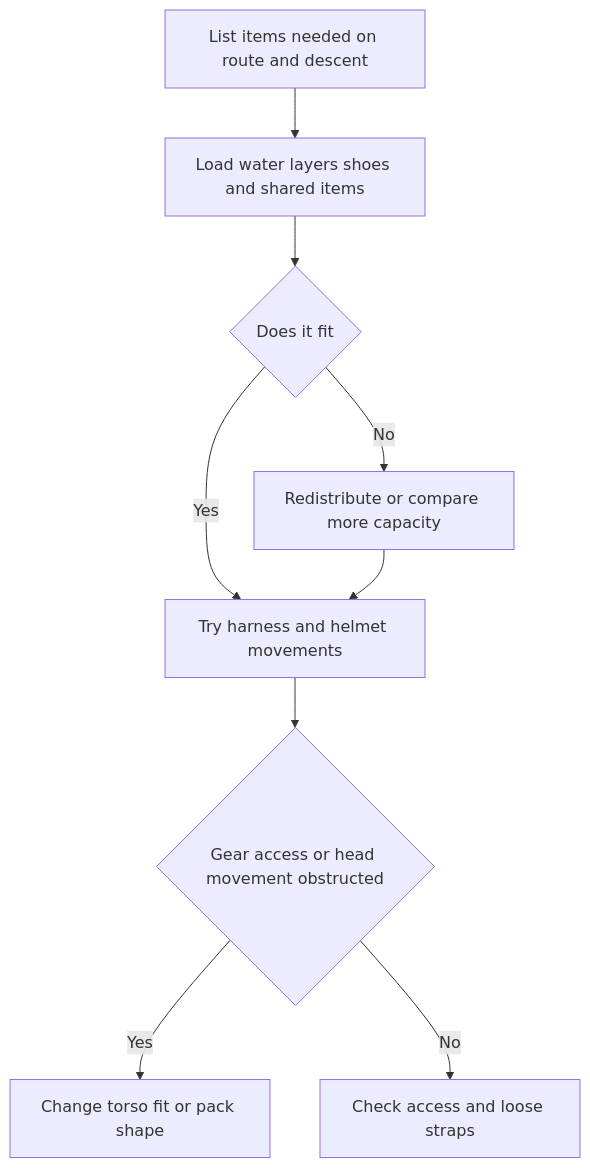
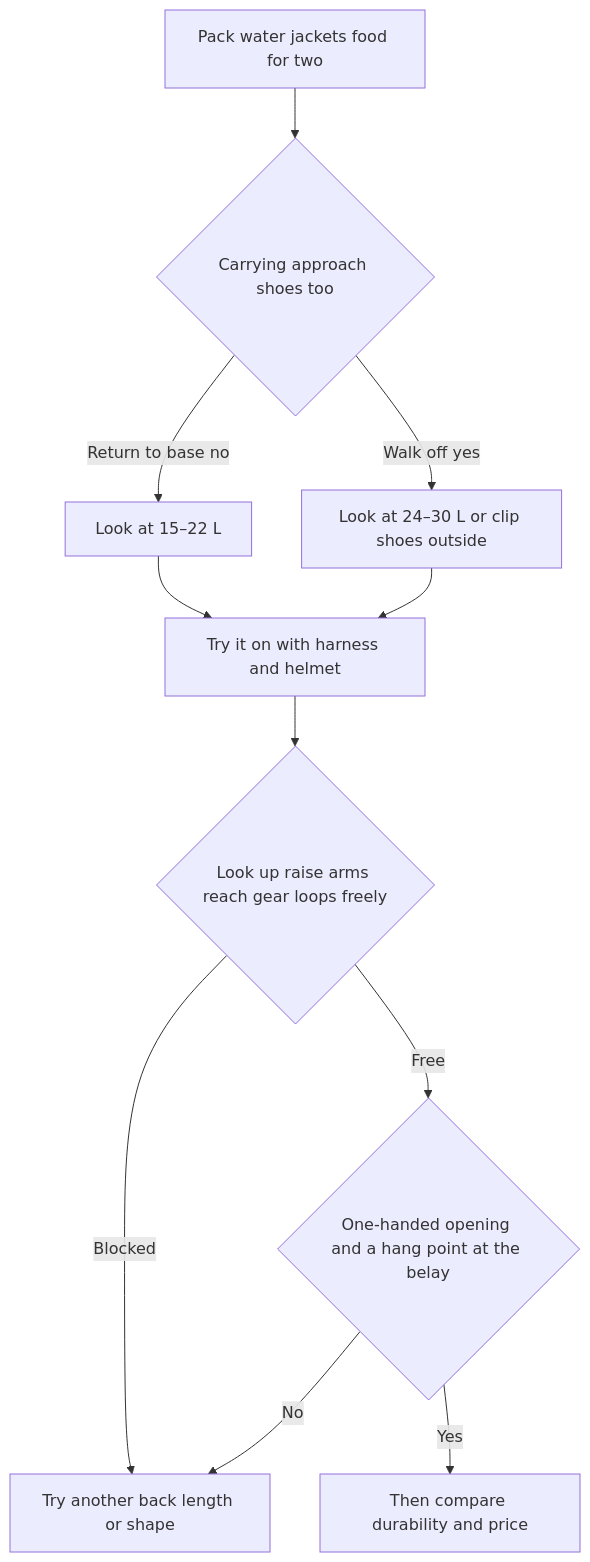
Before and after one commit to vincentxuu/quidproquo: the diagram in src/content/posts/climbing/2026-10-19-multipitch-climbing-backpacks-en.md, drawn with Mermaid. The commit also changed other lines of this file and 53 other files, not shown here.

````diff
--- a/src/content/posts/climbing/2026-10-19-multipitch-climbing-backpacks-en.md
+++ b/src/content/posts/climbing/2026-10-19-multipitch-climbing-backpacks-en.md
@@ -27,11 +31,13 @@
 ```mermaid
 flowchart TD
-  A[List items needed on route and descent] --> B[Load water layers shoes and shared items]
-  B --> C{Does it fit}
-  C -->|Yes| D[Try harness and helmet movements]
-  C -->|No| E[Redistribute or compare more capacity]
-  E --> D
-  D --> F{Gear access or head movement obstructed}
-  F -->|Yes| G[Change torso fit or pack shape]
-  F -->|No| H[Check access and loose straps]
+  A[Pack water jackets food for two] --> B{Carrying approach shoes too}
+  B -->|Return to base no| C[Look at 15–22 L]
+  B -->|Walk off yes| D[Look at 24–30 L or clip shoes outside]
+  C --> E[Try it on with harness and helmet]
+  D --> E
+  E --> F{Look up raise arms reach gear loops freely}
+  F -->|Blocked| G[Try another back length or shape]
+  F -->|Free| H{One-handed opening and a hang point at the belay}
+  H -->|No| G
+  H -->|Yes| I[Then compare durability and price]
 ```
````
